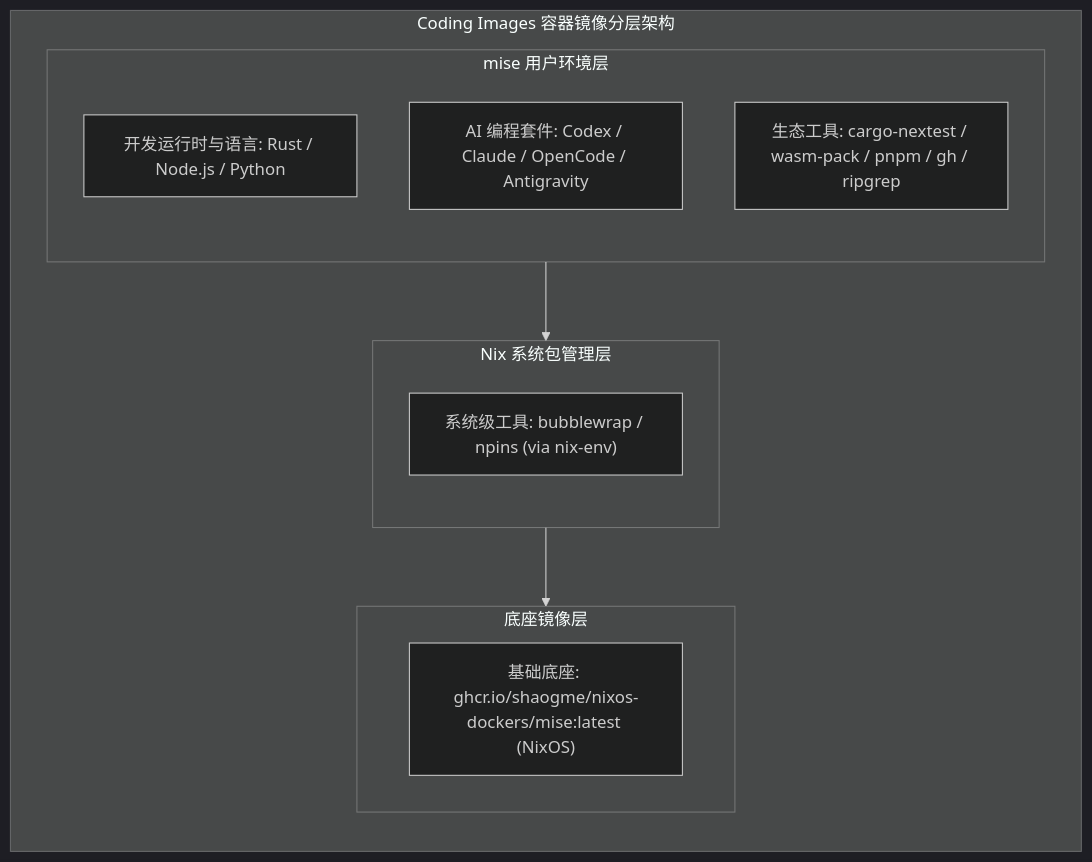
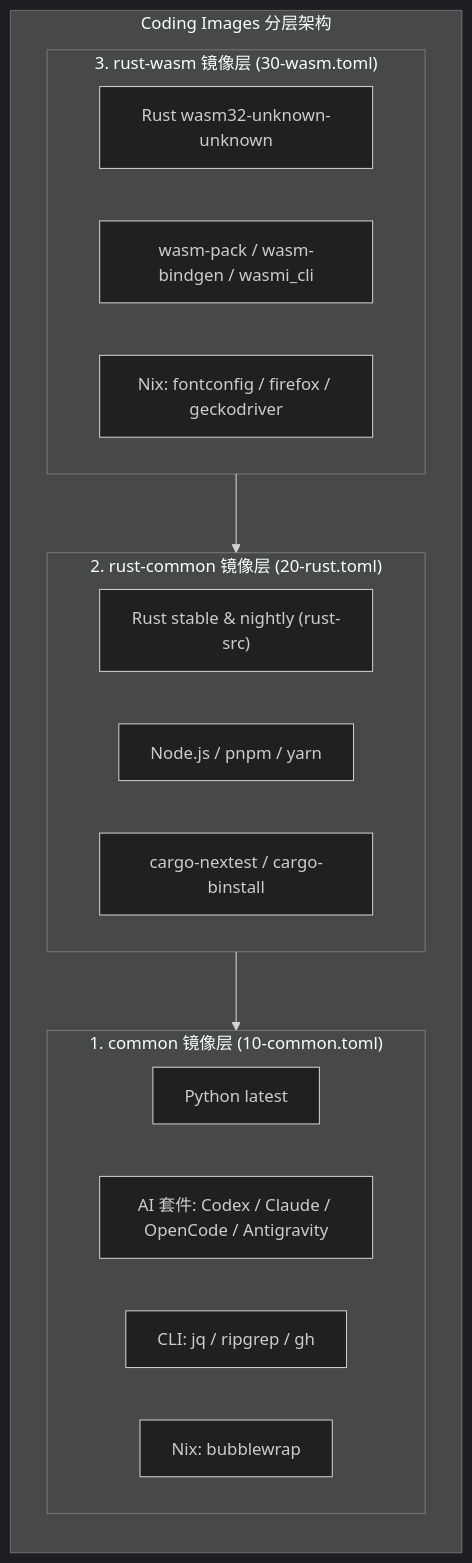
Before and after one commit to shaogme/coding-images: the second of 5 diagrams in README.md, drawn with Mermaid (dark theme). The commit also changed other lines of this file and 22 other files, not shown here.

````diff
--- a/README.md
+++ b/README.md
@@ -111,25 +147,28 @@
 ```mermaid
 flowchart TB
-    subgraph ContainerImage["Coding Images 容器镜像分层架构"]
+    subgraph ContainerHierarchy["Coding Images 分层架构"]
         direction TB
 
-        subgraph MiseLayer["mise 用户环境层"]
-            direction TB
-            Tools["开发运行时与语言: Rust / Node.js / Python"]
-            AITools["AI 编程套件: Codex / Claude / OpenCode / Antigravity"]
-            Extra["生态工具: cargo-nextest / wasm-pack / pnpm / gh / ripgrep"]
+        subgraph CommonLayer["1. common 镜像层 (10-common.toml)"]
+            Python["Python latest"]
+            AITools["AI 套件: Codex / Claude / OpenCode / Antigravity"]
+            Utils["CLI: jq / ripgrep / gh"]
+            NixBase["Nix: bubblewrap"]
         end
 
-        subgraph NixLayer["Nix 系统包管理层"]
-            direction TB
-            NixPkgs["系统级工具: bubblewrap / npins (via nix-env)"]
+        subgraph RustLayer["2. rust-common 镜像层 (20-rust.toml)"]
+            RustToolchains["Rust stable & nightly (rust-src)"]
+            NodeTools["Node.js / pnpm / yarn"]
+            CargoTools["cargo-nextest / cargo-binstall"]
         end
 
-        subgraph BaseLayer["底座镜像层"]
-            BaseImage["基础底座: ghcr.io/shaogme/nixos-dockers/mise:latest (NixOS)"]
+        subgraph WasmLayer["3. rust-wasm 镜像层 (30-wasm.toml)"]
+            WasmTargets["Rust wasm32-unknown-unknown"]
+            WasmTools["wasm-pack / wasm-bindgen / wasmi_cli"]
+            NixWasm["Nix: fontconfig / firefox / geckodriver"]
         end
 
-        MiseLayer --> NixLayer
-        NixLayer --> BaseLayer
+        WasmLayer --> RustLayer
+        RustLayer --> CommonLayer
     end
 ```
````
